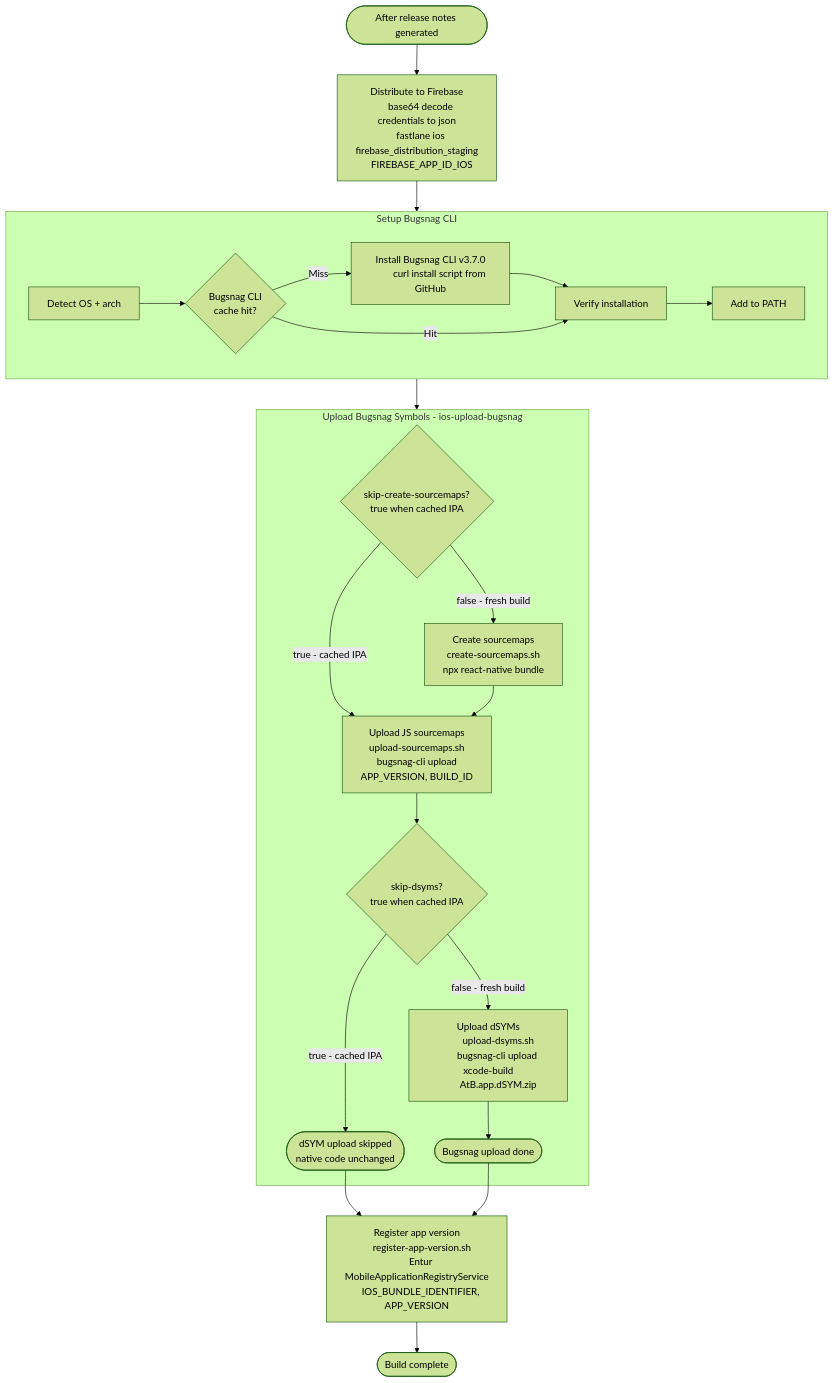
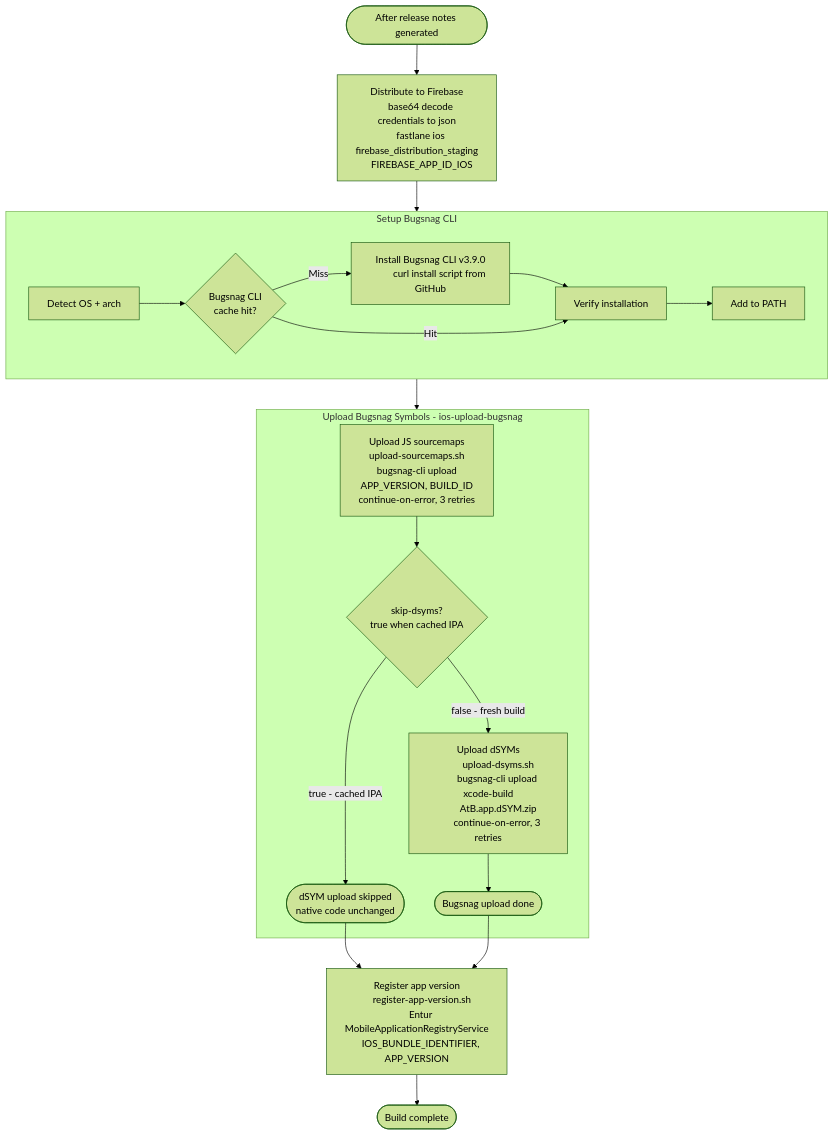
One commit to AtB-AS/mittatb-app changed the fifth of 7 diagrams in docs/ios-build-staging-graph.md. Above: the diagram before and after it, drawn with Mermaid (forest theme). The commit also changed other lines of this file and 14 other files, not shown here.

First line of the commit message:
ci: refactor sourcemap handling and update bugsnag-cli to 3.9.0 (#5872)

````diff
--- a/docs/ios-build-staging-graph.md
+++ b/docs/ios-build-staging-graph.md
@@ -236,64 +243,59 @@
 ```mermaid
 flowchart TD
     release_notes(["After release notes generated"])
 
     release_notes --> firebase["Distribute to Firebase
     base64 decode credentials to json
     fastlane ios firebase_distribution_staging
     FIREBASE_APP_ID_IOS"]
 
     firebase --> bugsnag_cli_setup
 
     subgraph bugsnag_cli_setup ["Setup Bugsnag CLI"]
         bs_detect["Detect OS + arch"]
         bs_cache{"Bugsnag CLI
         cache hit?"}
-        bs_install["Install Bugsnag CLI v3.7.0
+        bs_install["Install Bugsnag CLI v3.9.0
         curl install script from GitHub"]
         bs_verify["Verify installation"]
         bs_path["Add to PATH"]
 
         bs_detect --> bs_cache
         bs_cache -- Miss --> bs_install --> bs_verify
         bs_cache -- Hit --> bs_verify
         bs_verify --> bs_path
     end
 
     bugsnag_cli_setup --> bugsnag_upload
 
     subgraph bugsnag_upload ["Upload Bugsnag Symbols - ios-upload-bugsnag"]
-        sm_check{"skip-create-sourcemaps?
-        true when cached IPA"}
-        sm_check -- "false - fresh build" --> create_sm["Create sourcemaps
-        create-sourcemaps.sh
-        npx react-native bundle"]
-        sm_check -- "true - cached IPA" --> upload_sm
-
-        create_sm --> upload_sm["Upload JS sourcemaps
+        upload_sm["Upload JS sourcemaps
         upload-sourcemaps.sh
         bugsnag-cli upload
-        APP_VERSION, BUILD_ID"]
+        APP_VERSION, BUILD_ID
+        continue-on-error, 3 retries"]
 
         upload_sm --> dsym_check{"skip-dsyms?
         true when cached IPA"}
 
         dsym_check -- "false - fresh build" --> upload_dsym["Upload dSYMs
         upload-dsyms.sh
         bugsnag-cli upload xcode-build
-        AtB.app.dSYM.zip"]
+        AtB.app.dSYM.zip
+        continue-on-error, 3 retries"]
         dsym_check -- "true - cached IPA" --> dsym_skip(["dSYM upload skipped
         native code unchanged"])
 
         upload_dsym --> bugsnag_done(["Bugsnag upload done"])
     end
 
     dsym_skip --> register
     bugsnag_done --> register
 
     register["Register app version
     register-app-version.sh
     Entur MobileApplicationRegistryService
     IOS_BUNDLE_IDENTIFIER, APP_VERSION"]
 
     register --> done(["Build complete"])
 ```
````
